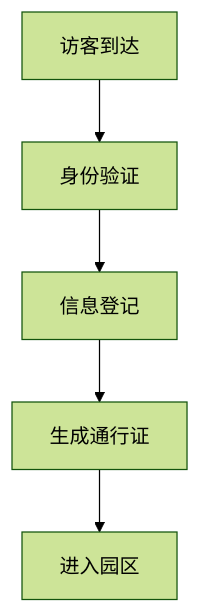
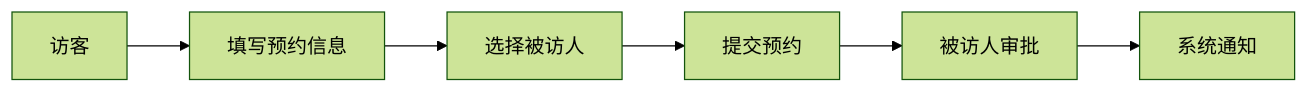
One commit to zhishi324/n8ndeploy changed the diagram in doc/requirement1.md. Above: the diagram before and after it, drawn with Mermaid (forest theme). The commit also changed other lines of this file, not shown here.

````diff
--- a/doc/requirement1.md
+++ b/doc/requirement1.md
@@ -51,7 +22,8 @@
 ```mermaid
-graph TD
-    A[访客到达] --> B[身份验证]
-    B --> C[信息登记]
-    C --> D[生成通行证]
-    D --> E[进入园区]
+graph LR
+    A[访客] --> B[填写预约信息]
+    B --> C[选择被访人]
+    C --> D[提交预约]
+    D --> E[被访人审批]
+    E --> F[系统通知]
 ```
````
